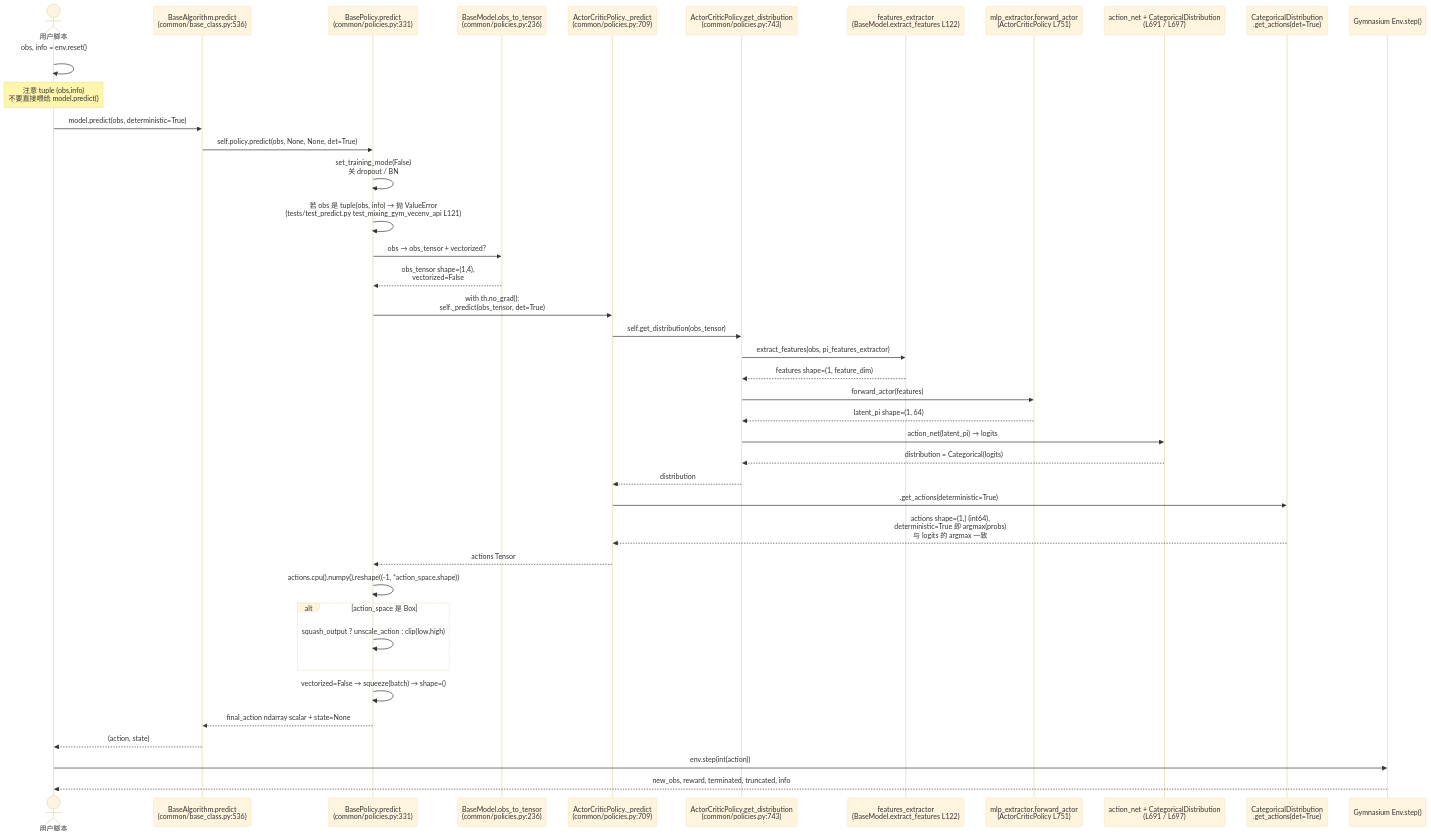
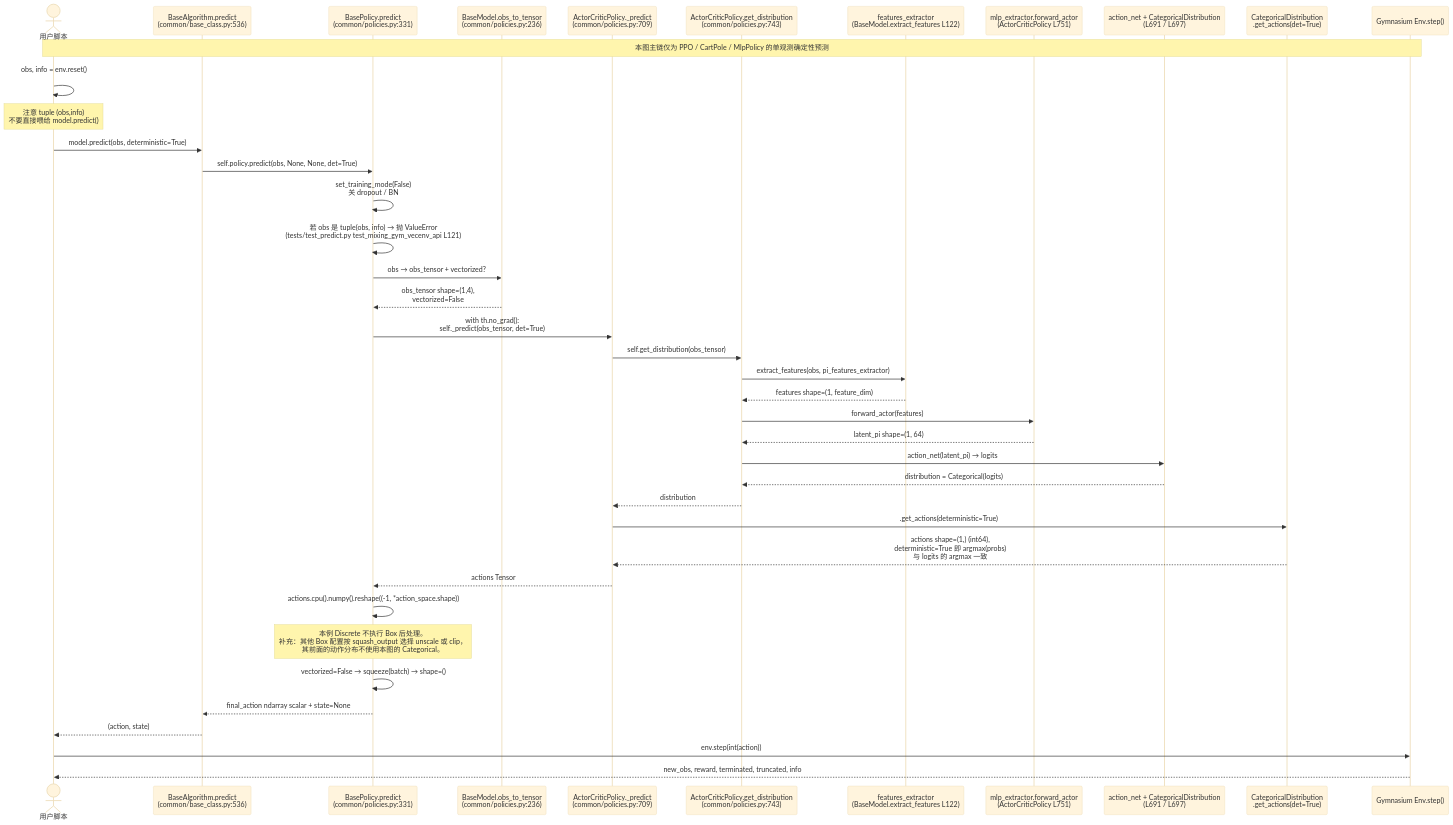
The diagram in artifacts/diagrams/issue-03/predict-call-chain.mmd (Jaschenn/sb3-llm-code-understanding), drawn with Mermaid (base theme) before and after one commit. The commit also changed 5 other files, not shown here.

```diff
--- a/artifacts/diagrams/issue-03/predict-call-chain.mmd
+++ b/artifacts/diagrams/issue-03/predict-call-chain.mmd
@@ -1,45 +1,44 @@
 %%% T03 Issue #3 — predict() 端到端调用链（Mermaid sequenceDiagram）
 %%% 源码基线：stable-baselines3 commit 7cfb4dd
 %%% 建议在 VS Code 里装 Mermaid 预览插件，或复制到 mermaid.live 渲染为 PNG/SVG
 sequenceDiagram
     actor U as 用户脚本
     participant BA as BaseAlgorithm.predict<br>(common/base_class.py:536)
     participant BP as BasePolicy.predict<br>(common/policies.py:331)
     participant BP_OTT as BaseModel.obs_to_tensor<br>(common/policies.py:236)
     participant ACP_P as ActorCriticPolicy._predict<br>(common/policies.py:709)
     participant ACP_GD as ActorCriticPolicy.get_distribution<br>(common/policies.py:743)
     participant FE as features_extractor<br>(BaseModel.extract_features L122)
     participant MLP as mlp_extractor.forward_actor<br>(ActorCriticPolicy L751)
     participant AN as action_net + CategoricalDistribution<br>(L691 / L697)
     participant CD as CategoricalDistribution<br>.get_actions(det=True)
     participant ENV as Gymnasium Env.step()
 
+    Note over U,ENV: 本图主链仅为 PPO / CartPole / MlpPolicy 的单观测确定性预测
     U->>U: obs, info = env.reset()<br># shape=(4,) for CartPole
     Note over U: 注意 tuple (obs,info)<br>不要直接喂给 model.predict()
     U->>BA: model.predict(obs, deterministic=True)
     BA->>BP: self.policy.predict(obs, None, None, det=True)
     BP->>BP: set_training_mode(False)<br>关 dropout / BN
     BP->>BP: 若 obs 是 tuple(obs, info) → 抛 ValueError<br>(tests/test_predict.py test_mixing_gym_vecenv_api L121)
     BP->>BP_OTT: obs → obs_tensor + vectorized?
     BP_OTT-->>BP: obs_tensor shape=(1,4),<br>vectorized=False
     BP->>ACP_P: with th.no_grad():<br>self._predict(obs_tensor, det=True)
     ACP_P->>ACP_GD: self.get_distribution(obs_tensor)
     ACP_GD->>FE: extract_features(obs, pi_features_extractor)
     FE-->>ACP_GD: features shape=(1, feature_dim)
     ACP_GD->>MLP: forward_actor(features)
     MLP-->>ACP_GD: latent_pi shape=(1, 64)
     ACP_GD->>AN: action_net(latent_pi) → logits
     AN-->>ACP_GD: distribution = Categorical(logits)
     ACP_GD-->>ACP_P: distribution
     ACP_P->>CD: .get_actions(deterministic=True)
     CD-->>ACP_P: actions shape=(1,) (int64),<br>deterministic=True 即 argmax(probs)<br>与 logits 的 argmax 一致
     ACP_P-->>BP: actions Tensor
     BP->>BP: actions.cpu().numpy().reshape((-1, *action_space.shape))
-    alt action_space 是 Box
-        BP->>BP: squash_output ? unscale_action : clip(low,high)
-    end
+    Note over BP: 本例 Discrete 不执行 Box 后处理。<br>补充：其他 Box 配置按 squash_output 选择 unscale 或 clip，<br>其前面的动作分布不使用本图的 Categorical。
     BP->>BP: vectorized=False → squeeze(batch) → shape=()
     BP-->>BA: final_action ndarray scalar + state=None
     BA-->>U: (action, state)
     U->>ENV: env.step(int(action))
     ENV-->>U: new_obs, reward, terminated, truncated, info
```
